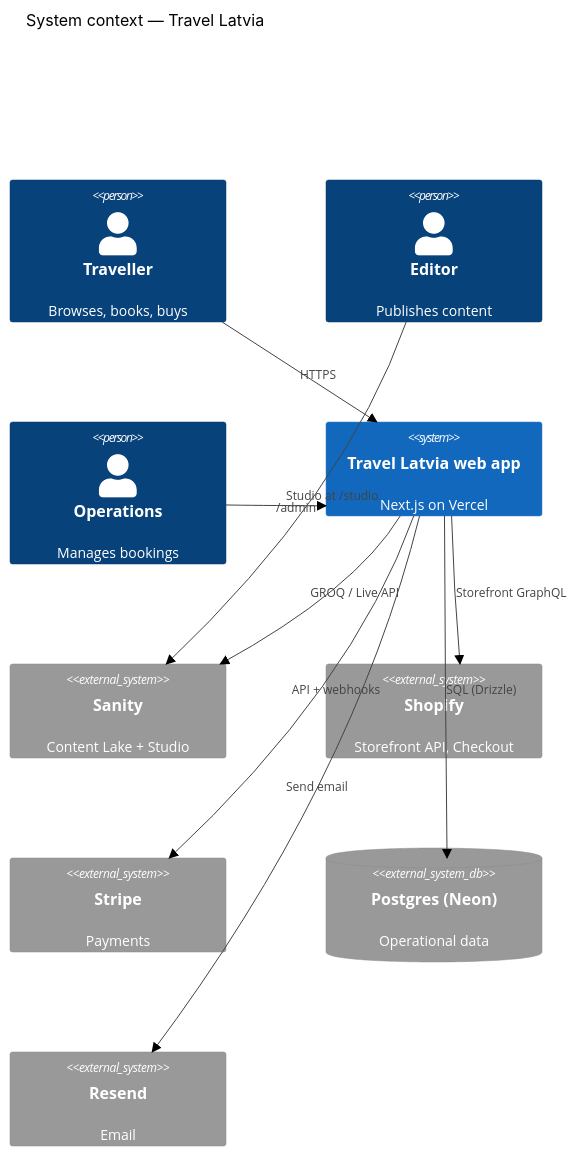
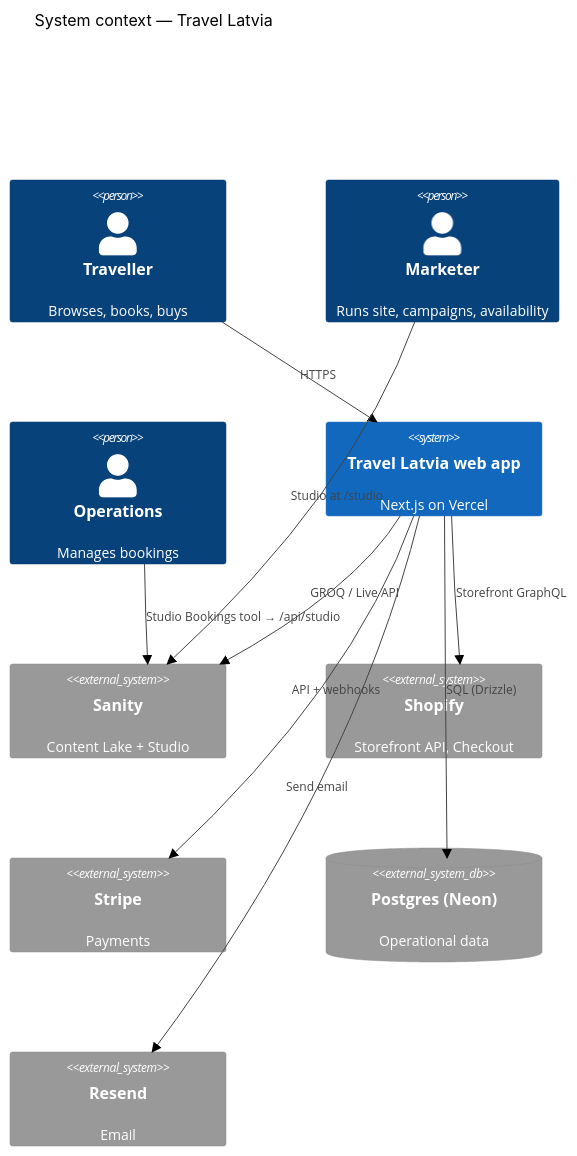
Before and after one commit to patrickvandevelde-byte/travel-latvia: the first of 3 diagrams in docs/06-architecture.md, drawn with Mermaid (neutral theme). The commit also changed other lines of this file and 14 other files, not shown here.

````diff
--- a/docs/06-architecture.md
+++ b/docs/06-architecture.md
@@ -27,21 +30,21 @@
 ```mermaid
 C4Context
   title System context — Travel Latvia
   Person(traveller, "Traveller", "Browses, books, buys")
-  Person(editor, "Editor", "Publishes content")
+  Person(editor, "Marketer", "Runs site, campaigns, availability")
   Person(ops, "Operations", "Manages bookings")
   System(web, "Travel Latvia web app", "Next.js on Vercel")
   System_Ext(sanity, "Sanity", "Content Lake + Studio")
   System_Ext(shopify, "Shopify", "Storefront API, Checkout")
   System_Ext(stripe, "Stripe", "Payments")
   SystemDb_Ext(pg, "Postgres (Neon)", "Operational data")
   System_Ext(resend, "Resend", "Email")
   Rel(traveller, web, "HTTPS")
   Rel(editor, sanity, "Studio at /studio")
-  Rel(ops, web, "/admin")
+  Rel(ops, sanity, "Studio Bookings tool → /api/studio")
   Rel(web, sanity, "GROQ / Live API")
   Rel(web, shopify, "Storefront GraphQL")
   Rel(web, stripe, "API + webhooks")
   Rel(web, pg, "SQL (Drizzle)")
   Rel(web, resend, "Send email")
 ```
````
